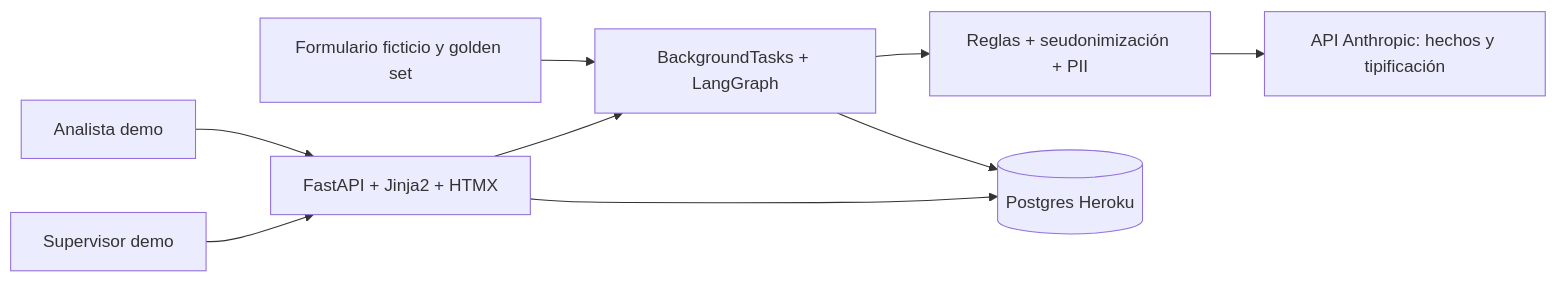
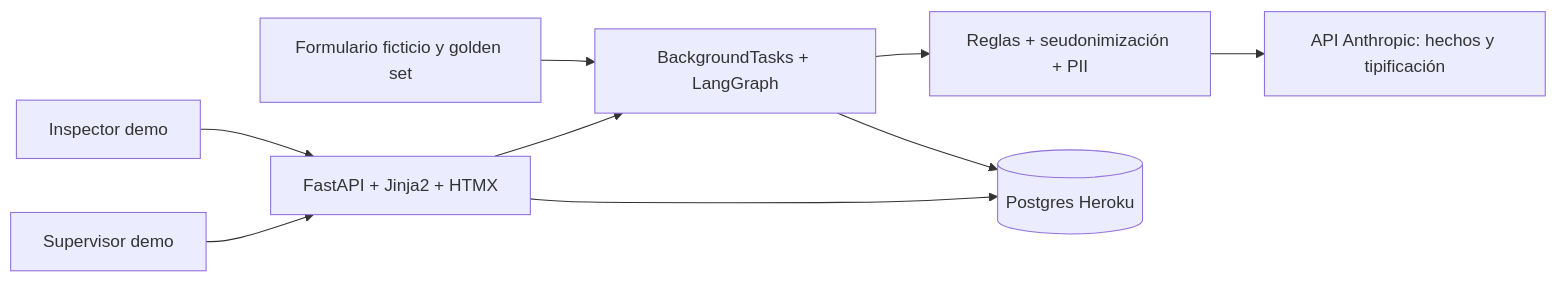
Before and after one commit to Sebamardones/agente-karin-triage: the first of 8 diagrams in docs/diagramas/README.md, drawn with Mermaid. The commit also changed other lines of this file and 46 other files, not shown here.

````diff
--- a/docs/diagramas/README.md
+++ b/docs/diagramas/README.md
@@ -23,11 +23,11 @@
 ```mermaid
 flowchart LR
-  A[Analista demo] --> UI[FastAPI + Jinja2 + HTMX]
+  A[Inspector demo] --> UI[FastAPI + Jinja2 + HTMX]
   S[Supervisor demo] --> UI
   I[Formulario ficticio y golden set] --> G[BackgroundTasks + LangGraph]
   UI --> G
   G --> P[Reglas + seudonimización + PII]
   P --> C[API Anthropic: hechos y tipificación]
   G --> DB[(Postgres Heroku)]
   UI --> DB
 ```
````
